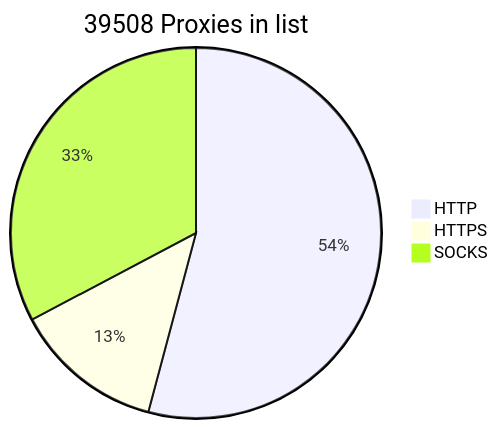
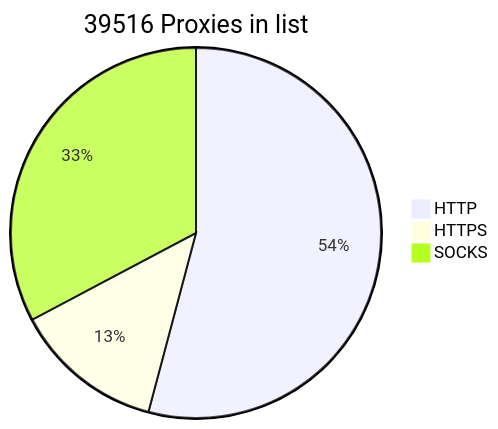
Before and after one commit to BlackSnowDot/proxylist-update-every-minute: the diagram in README.md, drawn with Mermaid.

````diff
--- a/README.md
+++ b/README.md
@@ -2,6 +2,6 @@
 ```mermaid
-pie title 39508 Proxies in list
+pie title 39516 Proxies in list
     "HTTP" : 23712
     "HTTPS": 5748
-    "SOCKS" : 14335
+    "SOCKS" : 14343
 ```
````
